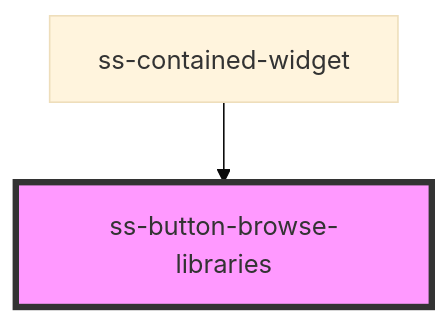
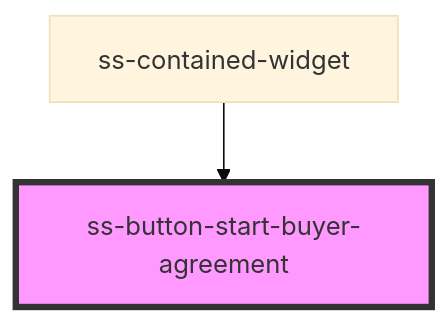
Before and after one commit to skyslope/skyslope-forms-widget: the diagram in src/components/ss-button-start-buyer-agreement/readme.md, drawn with Mermaid (base theme). The commit also changed 2 other files, not shown here.

````diff
--- a/src/components/ss-button-start-buyer-agreement/readme.md
+++ b/src/components/ss-button-start-buyer-agreement/readme.md
@@ -22,5 +22,5 @@
 ```mermaid
 graph TD;
-  ss-contained-widget --> ss-button-browse-libraries
-  style ss-button-browse-libraries fill:#f9f,stroke:#333,stroke-width:4px
+  ss-contained-widget --> ss-button-start-buyer-agreement
+  style ss-button-start-buyer-agreement fill:#f9f,stroke:#333,stroke-width:4px
 ```
````
